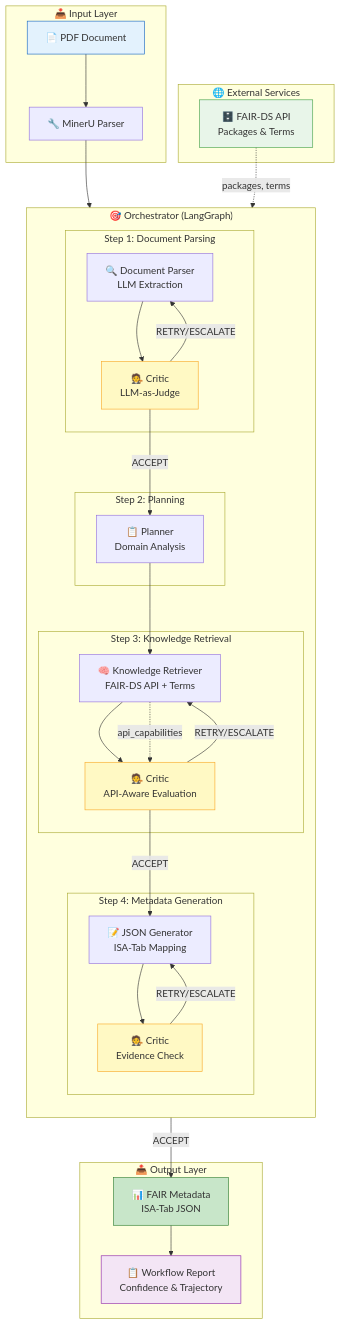
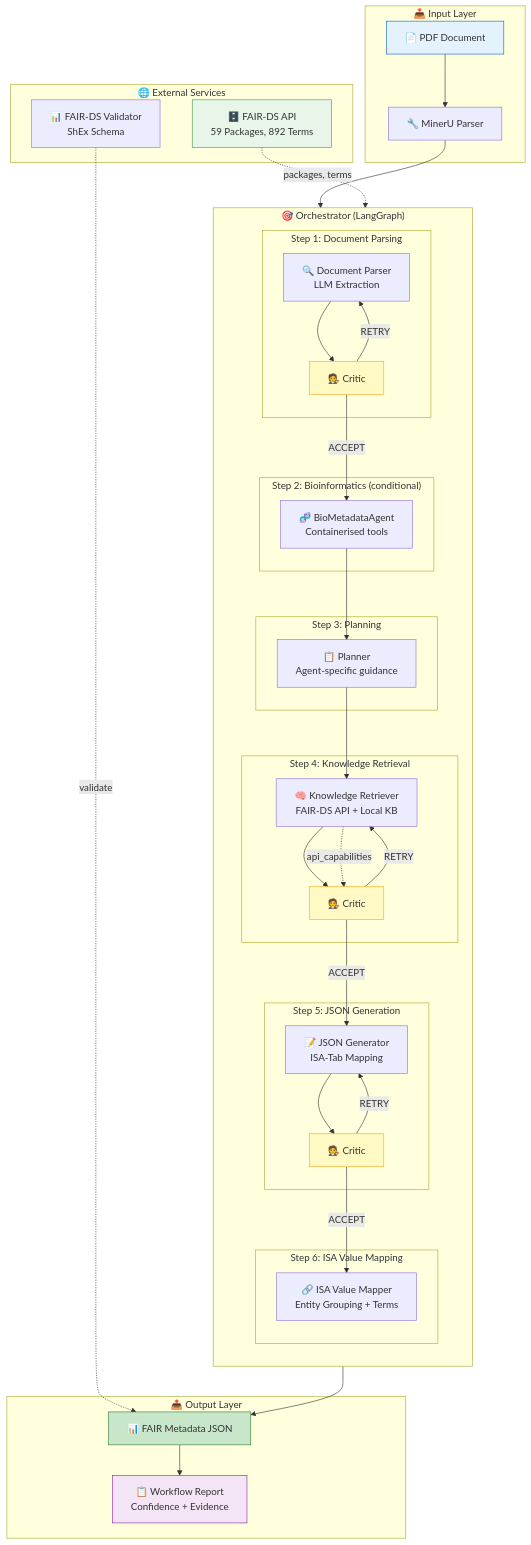
One commit to ElderMedic/FAIRiAgent changed the diagram in README.md. Above: the diagram before and after it, drawn with Mermaid. The commit also changed other lines of this file and 2 other files, not shown here.

First line of the commit message:
docs: update README, INDEX, and .gitignore for v2.0 architecture refactor

````diff
--- a/README.md
+++ b/README.md
@@ -140,63 +140,75 @@
 ```mermaid
 flowchart TD
     subgraph INPUT["📥 Input Layer"]
         A[📄 PDF Document]
         M[🔧 MinerU Parser]
         A --> M
     end
     
     subgraph ORCHESTRATOR["🎯 Orchestrator (LangGraph)"]
         direction TB
         
         subgraph PARSE["Step 1: Document Parsing"]
             B[🔍 Document Parser<br/>LLM Extraction]
-            C1[🧑‍⚖️ Critic<br/>LLM-as-Judge]
+            C1[🧑‍⚖️ Critic]
             B --> C1
         end
         
-        subgraph PLAN["Step 2: Planning"]
-            D[📋 Planner<br/>Domain Analysis]
+        subgraph BIO["Step 2: Bioinformatics (conditional)"]
+            G[🧬 BioMetadataAgent<br/>Containerised tools]
         end
         
-        subgraph RETRIEVE["Step 3: Knowledge Retrieval"]
-            E[🧠 Knowledge Retriever<br/>FAIR-DS API + Terms]
-            C2[🧑‍⚖️ Critic<br/>API-Aware Evaluation]
+        subgraph PLAN["Step 3: Planning"]
+            D[📋 Planner<br/>Agent-specific guidance]
+        end
+        
+        subgraph RETRIEVE["Step 4: Knowledge Retrieval"]
+            E[🧠 Knowledge Retriever<br/>FAIR-DS API + Local KB]
+            C2[🧑‍⚖️ Critic]
             E --> C2
         end
         
-        subgraph GENERATE["Step 4: Metadata Generation"]
+        subgraph GENERATE["Step 5: JSON Generation"]
             F[📝 JSON Generator<br/>ISA-Tab Mapping]
-            C3[🧑‍⚖️ Critic<br/>Evidence Check]
+            C3[🧑‍⚖️ Critic]
             F --> C3
+        end
+        
+        subgraph MAP["Step 6: ISA Value Mapping"]
+            H[🔗 ISA Value Mapper<br/>Entity Grouping + Terms]
         end
     end
     
     subgraph EXTERNAL["🌐 External Services"]
-        API[🗄️ FAIR-DS API<br/>Packages & Terms]
+        API[🗄️ FAIR-DS API<br/>59 Packages, 892 Terms]
+        FAIR[📊 FAIR-DS Validator<br/>ShEx Schema]
     end
     
     subgraph OUTPUT["📤 Output Layer"]
-        H[📊 FAIR Metadata<br/>ISA-Tab JSON]
-        R[📋 Workflow Report<br/>Confidence & Trajectory]
+        J[📊 FAIR Metadata JSON]
+        R[📋 Workflow Report<br/>Confidence + Evidence]
     end
     
     M --> B
-    C1 -->|ACCEPT| D
-    C1 -->|RETRY/ESCALATE| B
+    C1 -->|ACCEPT| G
+    C1 -->|RETRY| B
+    G --> D
     D --> E
     API -.->|packages, terms| E
     E -.->|api_capabilities| C2
     C2 -->|ACCEPT| F
-    C2 -->|RETRY/ESCALATE| E
+    C2 -->|RETRY| E
     C3 -->|ACCEPT| H
-    C3 -->|RETRY/ESCALATE| F
-    H --> R
+    C3 -->|RETRY| F
+    H --> J
+    J --> R
+    FAIR -.->|validate| J
     
     style A fill:#e3f2fd,stroke:#1565c0
-    style H fill:#c8e6c9,stroke:#2e7d32
+    style J fill:#c8e6c9,stroke:#2e7d32
     style C1 fill:#fff9c4,stroke:#f9a825
     style C2 fill:#fff9c4,stroke:#f9a825
     style C3 fill:#fff9c4,stroke:#f9a825
     style API fill:#e8f5e9,stroke:#43a047
     style R fill:#f3e5f5,stroke:#8e24aa
 ```
````
